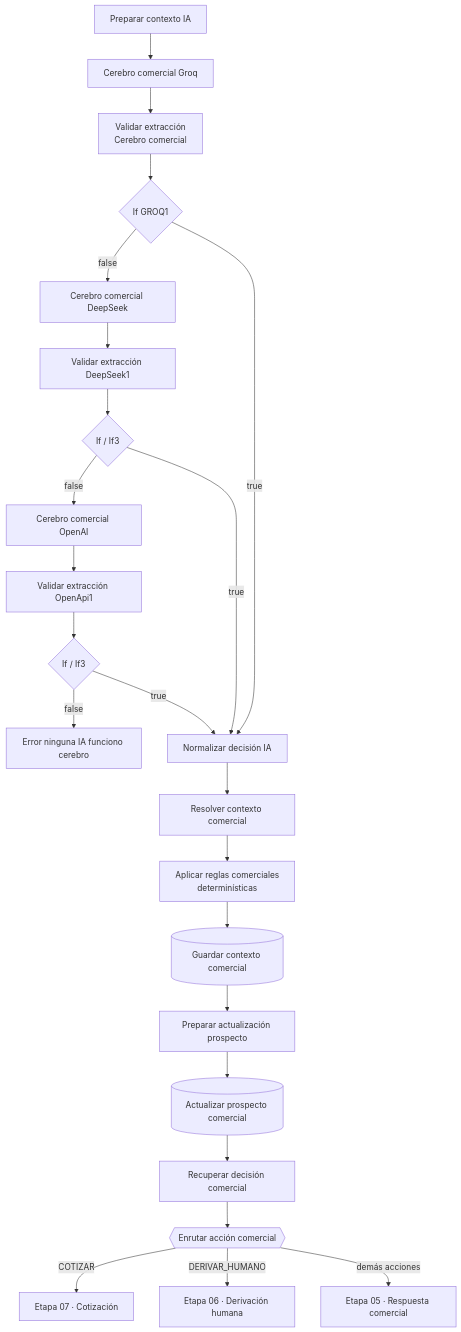
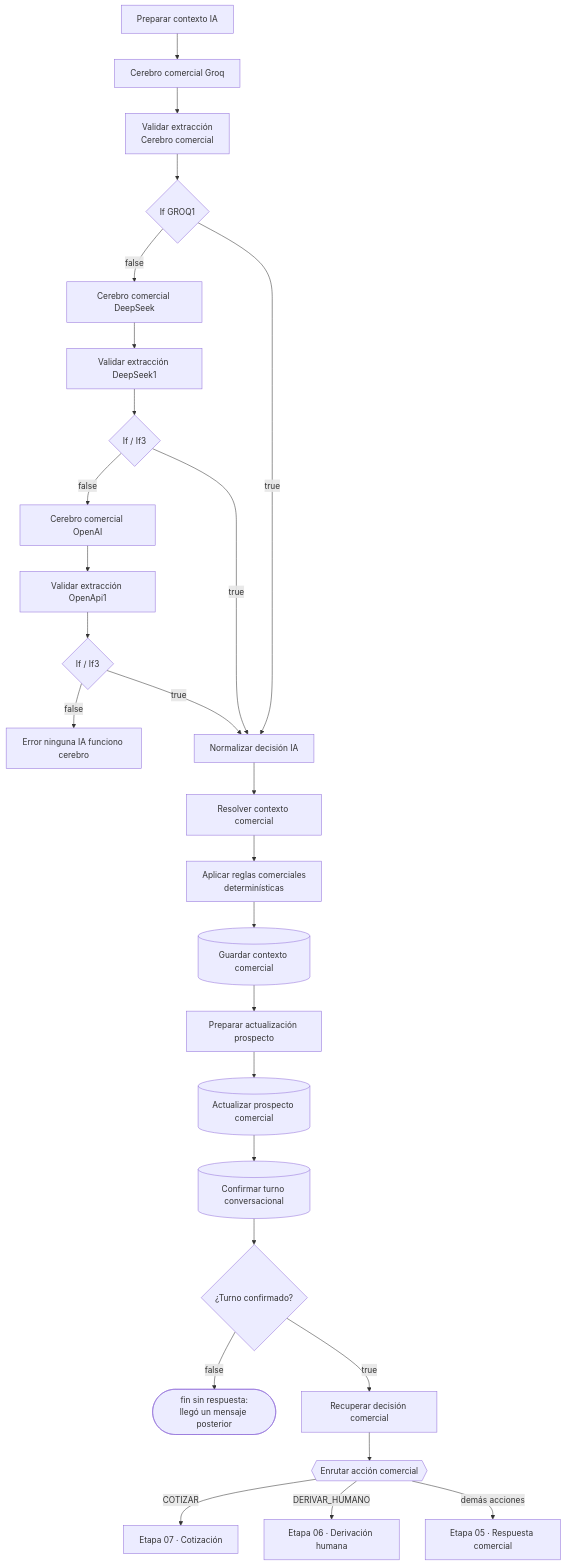
Before and after one commit to Theborycuas/pegaso-n8n: the diagram in docs/etapas/04-cerebro-comercial.md, drawn with Mermaid. The commit also changed other lines of this file and 45 other files, not shown here.

````diff
--- a/docs/etapas/04-cerebro-comercial.md
+++ b/docs/etapas/04-cerebro-comercial.md
@@ -5,23 +5,26 @@
 ```mermaid
 flowchart TD
     CIA[Preparar contexto IA] --> G[Cerebro comercial Groq]
     G --> VG[Validar extracción<br/>Cerebro comercial] --> IG{If GROQ1}
     IG -->|false| D[Cerebro comercial DeepSeek]
     D --> VD[Validar extracción DeepSeek1] --> ID{If / If3}
     ID -->|false| O[Cerebro comercial OpenAI]
     O --> VO[Validar extracción OpenApi1] --> IO{If / If3}
     IO -->|false| E[Error ninguna IA funciono cerebro]
     IG -->|true| N[Normalizar decisión IA]
     ID -->|true| N
     IO -->|true| N
     N --> R[Resolver contexto comercial]
     R --> A[Aplicar reglas comerciales<br/>determinísticas]
     A --> GC[(Guardar contexto comercial)]
     GC --> PA[Preparar actualización prospecto]
     PA --> AP[(Actualizar prospecto comercial)]
-    AP --> RD[Recuperar decisión comercial]
+    AP --> CT[(Confirmar turno conversacional)]
+    CT --> IT{¿Turno confirmado?}
+    IT -->|false| FIN([fin sin respuesta:<br/>llegó un mensaje posterior])
+    IT -->|true| RD[Recuperar decisión comercial]
     RD --> S{{Enrutar acción comercial}}
     S -->|COTIZAR| E07[Etapa 07 · Cotización]
     S -->|DERIVAR_HUMANO| E06[Etapa 06 · Derivación humana]
     S -->|demás acciones| E05[Etapa 05 · Respuesta comercial]
 ```
````
